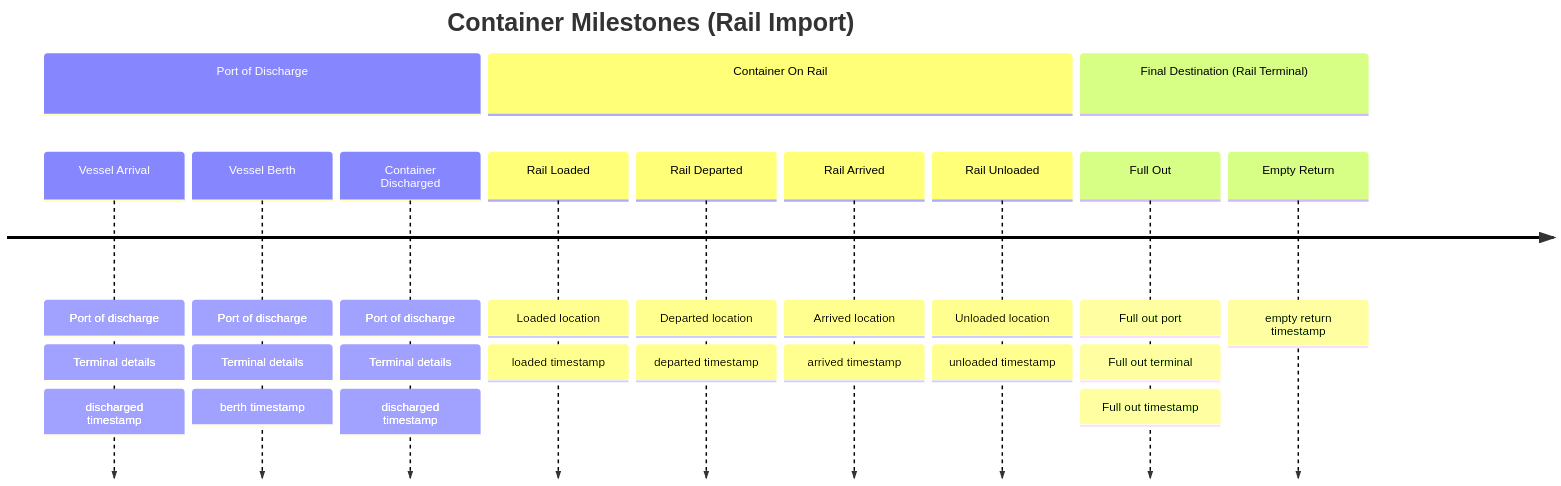
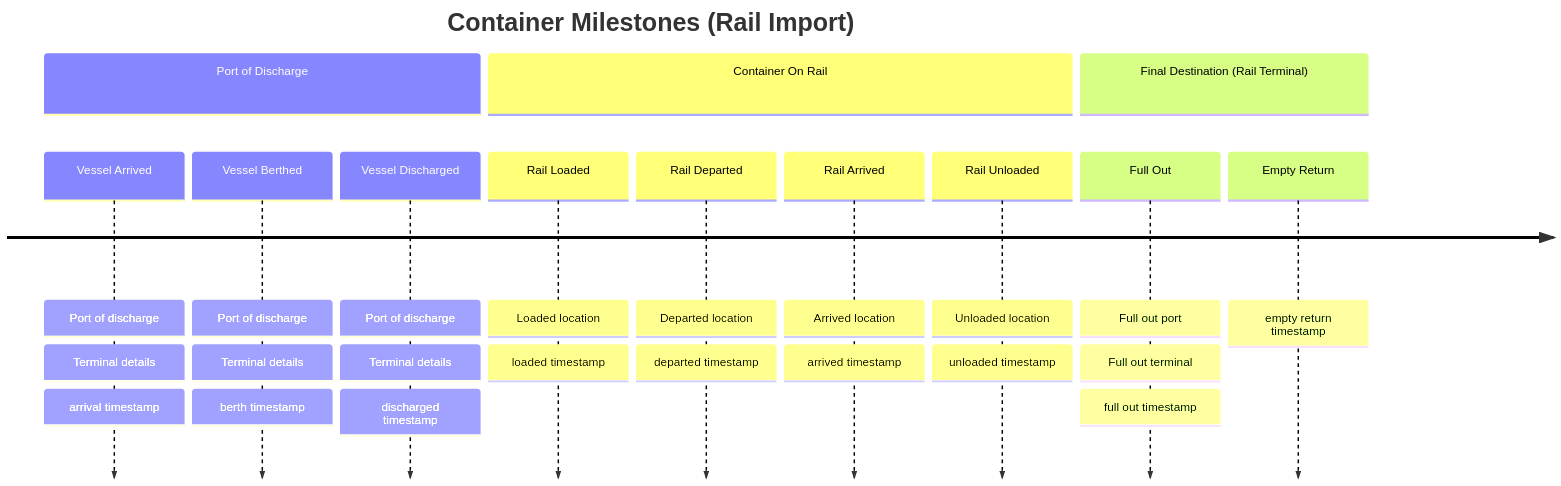
Before and after one commit to Terminal49/API: the second of 2 diagrams in docs/api-docs/in-depth-guides/rail-integration-guide.mdx, drawn with Mermaid. The commit also changed other lines of this file, not shown here.

````diff
--- a/docs/api-docs/in-depth-guides/rail-integration-guide.mdx
+++ b/docs/api-docs/in-depth-guides/rail-integration-guide.mdx
@@ -37,17 +37,17 @@
 ```mermaid
 timeline
     title Container Milestones (Rail Import)
     section Port of Discharge
-        Vessel Arrival : Port of discharge : Terminal details : discharged timestamp
-        Vessel Berth : Port of discharge : Terminal details : berth timestamp
-        Container Discharged : Port of discharge : Terminal details : discharged timestamp
+        Vessel Arrived : Port of discharge : Terminal details : arrival timestamp
+        Vessel Berthed : Port of discharge : Terminal details : berth timestamp
+        Vessel Discharged : Port of discharge : Terminal details : discharged timestamp
     section Container On Rail
         Rail Loaded : Loaded location : loaded timestamp
         Rail Departed : Departed location : departed timestamp
         Rail Arrived : Arrived location : arrived timestamp
         Rail Unloaded : Unloaded location : unloaded timestamp
     section Final Destination (Rail Terminal)
-        Full Out : Full out port : Full out terminal : Full out timestamp
+        Full Out : Full out port : Full out terminal : full out timestamp
         Empty Return : empty return timestamp
 
 ```
````
